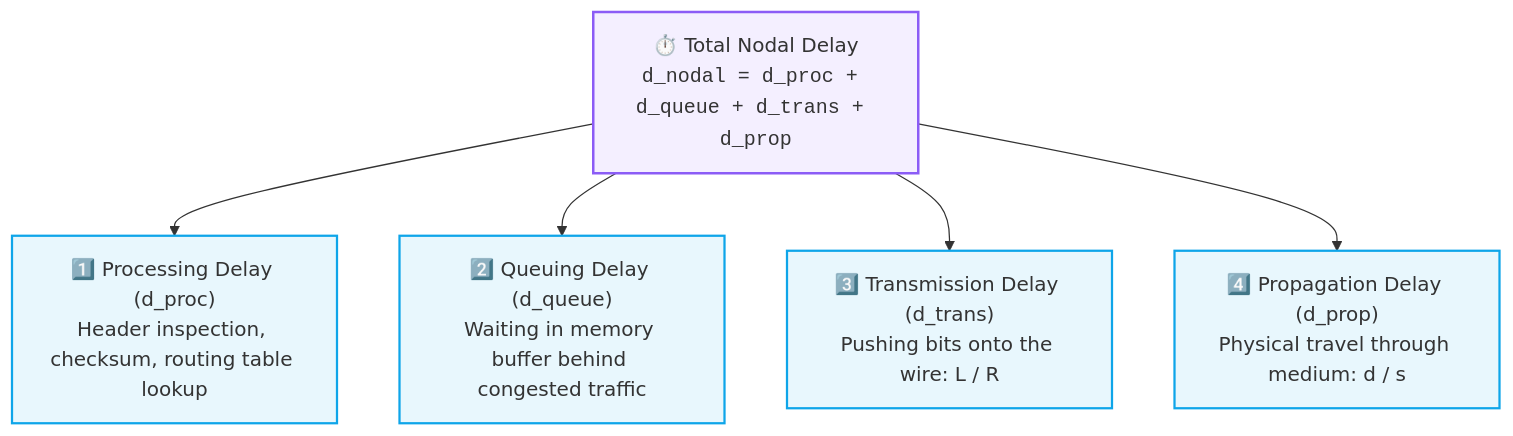
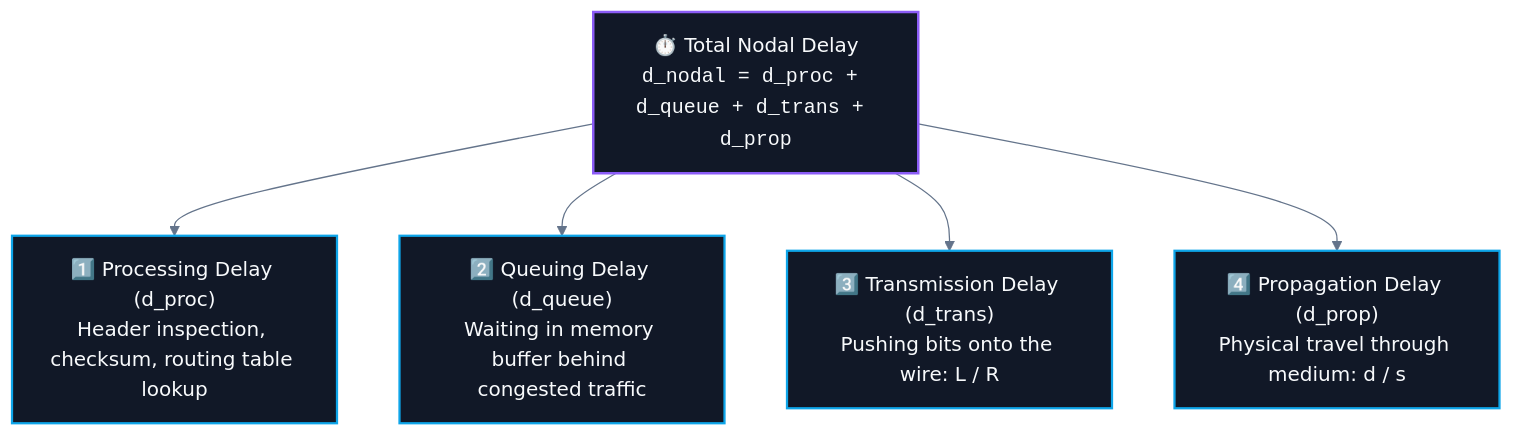
The second of 4 diagrams in CS/Computer Networking/01. Architecture & Fundamentals/04. Network Performance - Delay, Latency, Throughput.md (abhinavbharti2345/CS_Notes), drawn with Mermaid before and after one commit. The commit also changed other lines of this file and 195 other files, not shown here.

````diff
--- a/CS/Computer Networking/01. Architecture & Fundamentals/04. Network Performance - Delay, Latency, Throughput.md
+++ b/CS/Computer Networking/01. Architecture & Fundamentals/04. Network Performance - Delay, Latency, Throughput.md
@@ -57,14 +58,15 @@
 ```mermaid
+%%{init: {'theme': 'base', 'themeVariables': { 'darkMode': true, 'background': '#0B0F14', 'mainBkg': '#111827', 'primaryColor': '#111827', 'primaryTextColor': '#F8FAFC', 'primaryBorderColor': '#38BDF8', 'lineColor': '#64748B', 'secondaryColor': '#0B0F14', 'tertiaryColor': '#0B0F14', 'clusterBkg': '#0B0F14', 'clusterBorder': '#38BDF8' }}}%%
 flowchart TD
     Total["⏱️ Total Nodal Delay<br/><code>d_nodal = d_proc + d_queue + d_trans + d_prop</code>"]
     
     Total --> P1["1️⃣ Processing Delay (d_proc)<br/>Header inspection, checksum, routing table lookup"]
     Total --> P2["2️⃣ Queuing Delay (d_queue)<br/>Waiting in memory buffer behind congested traffic"]
     Total --> P3["3️⃣ Transmission Delay (d_trans)<br/>Pushing bits onto the wire: L / R"]
     Total --> P4["4️⃣ Propagation Delay (d_prop)<br/>Physical travel through medium: d / s"]
 
-    classDef nodal fill:#8b5cf618,stroke:#8b5cf6,stroke-width:2px;
-    classDef comp fill:#0ea5e918,stroke:#0ea5e9,stroke-width:1.8px;
+    classDef nodal fill:#111827,stroke:#8b5cf6,stroke-width:2px,color:#F8FAFC;
+    classDef comp fill:#111827,stroke:#0ea5e9,stroke-width:1.8px,color:#F8FAFC;
     class Total nodal;
     class P1,P2,P3,P4 comp;
 ```
````
